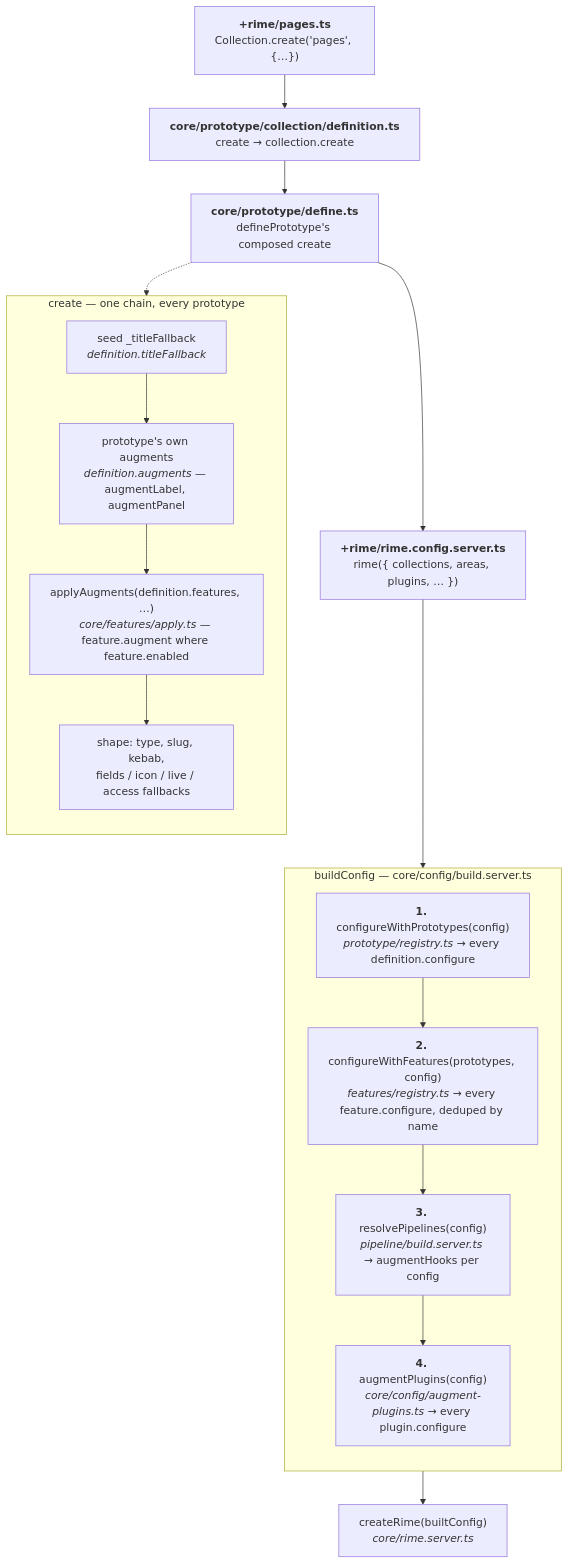
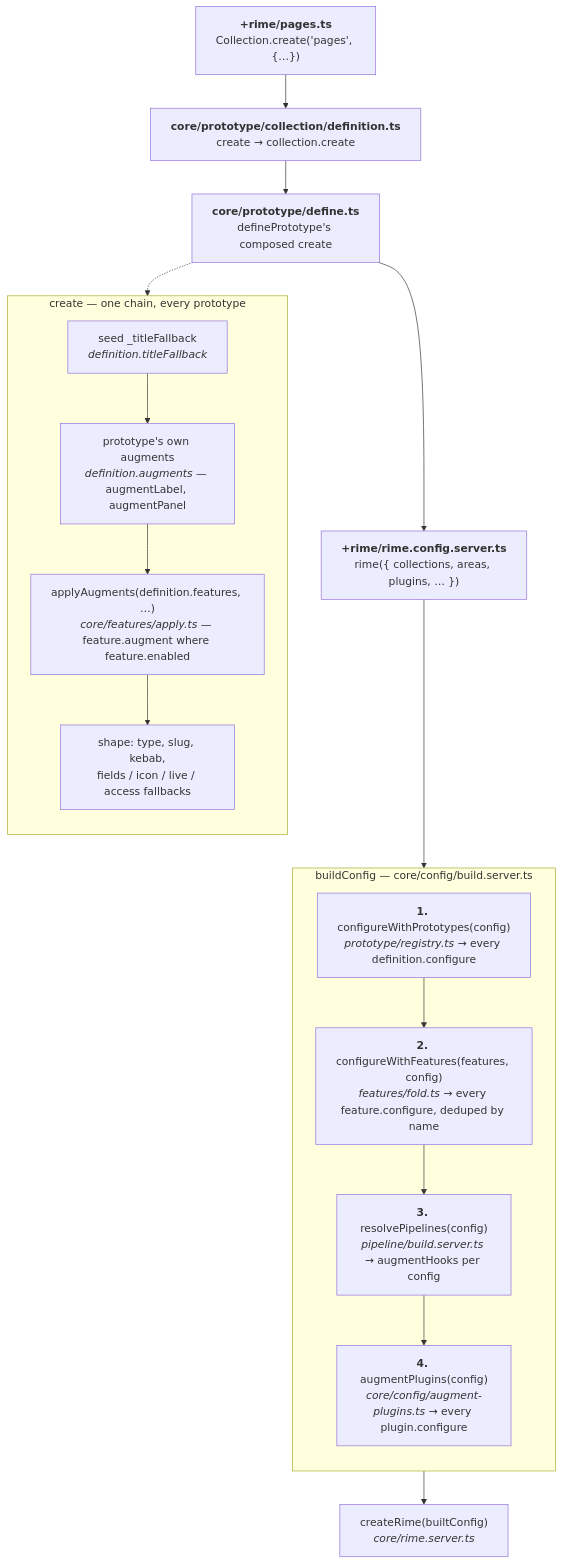
One commit to bienbiendev/rime changed the first of 4 diagrams in docs/architecture-target.md. Above: the diagram before and after it, drawn with Mermaid. The commit also changed other lines of this file and 38 other files, not shown here.

````diff
--- a/docs/architecture-target.md
+++ b/docs/architecture-target.md
@@ -69,32 +69,32 @@
 ```mermaid
 flowchart TB
     A["<b>+rime/pages.ts</b><br/>Collection.create('pages', {…})"]
     B["<b>core/prototype/collection/definition.ts</b><br/>create → collection.create"]
     C["<b>core/prototype/define.ts</b><br/>definePrototype's composed create"]
     D["<b>+rime/rime.config.server.ts</b><br/>rime({ collections, areas, plugins, … })"]
 
     A --> B --> C --> D
 
     subgraph create["create — one chain, every prototype"]
         direction TB
         C1["seed _titleFallback<br/><i>definition.titleFallback</i>"]
         C2["prototype's own augments<br/><i>definition.augments</i> — augmentLabel, augmentPanel"]
         C3["applyAugments(definition.features, …)<br/><i>core/features/apply.ts</i> — feature.augment where feature.enabled"]
         C4["shape: type, slug, kebab,<br/>fields / icon / live / access fallbacks"]
         C1 --> C2 --> C3 --> C4
     end
 
     C -.-> create
 
     subgraph chain["buildConfig — core/config/build.server.ts"]
         direction TB
         E1["<b>1.</b> configureWithPrototypes(config)<br/><i>prototype/registry.ts</i> → every definition.configure"]
-        E2["<b>2.</b> configureWithFeatures(prototypes, config)<br/><i>features/registry.ts</i> → every feature.configure, deduped by name"]
+        E2["<b>2.</b> configureWithFeatures(features, config)<br/><i>features/fold.ts</i> → every feature.configure, deduped by name"]
         E3["<b>3.</b> resolvePipelines(config)<br/><i>pipeline/build.server.ts</i> → augmentHooks per config"]
         E4["<b>4.</b> augmentPlugins(config)<br/><i>core/config/augment-plugins.ts</i> → every plugin.configure"]
         E1 --> E2 --> E3 --> E4
     end
 
     D --> chain
     chain --> F["createRime(builtConfig)<br/><i>core/rime.server.ts</i>"]
 ```
````
